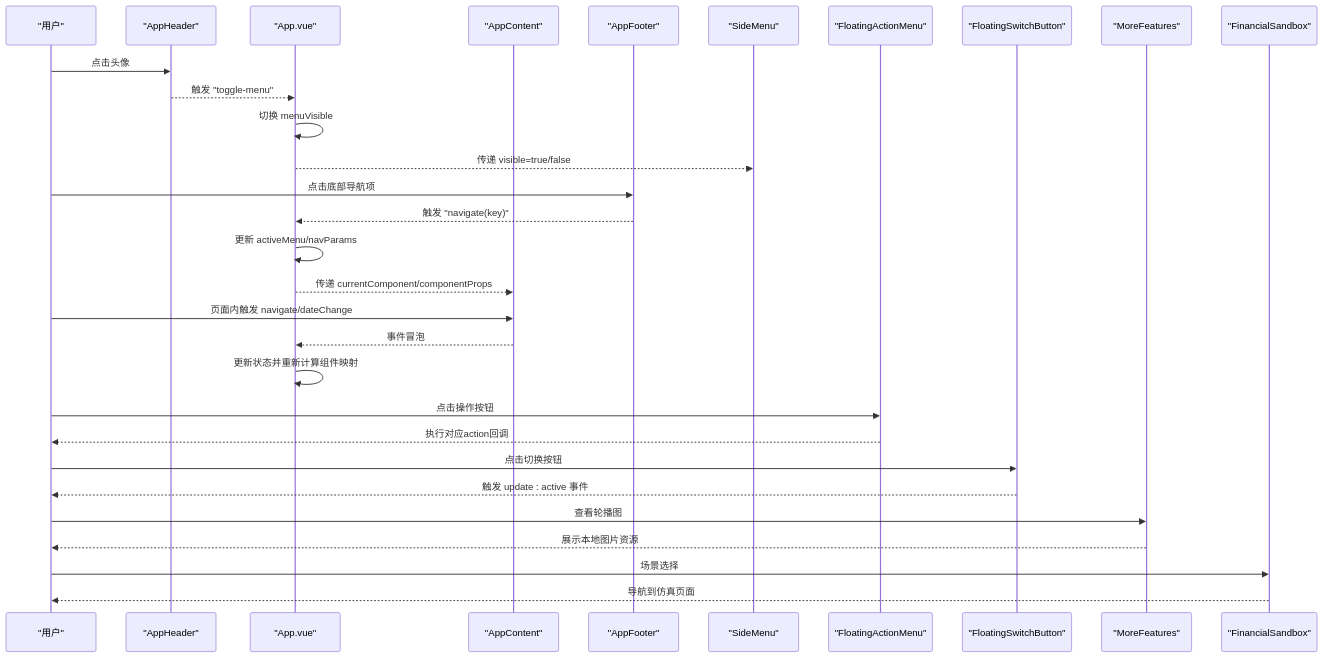
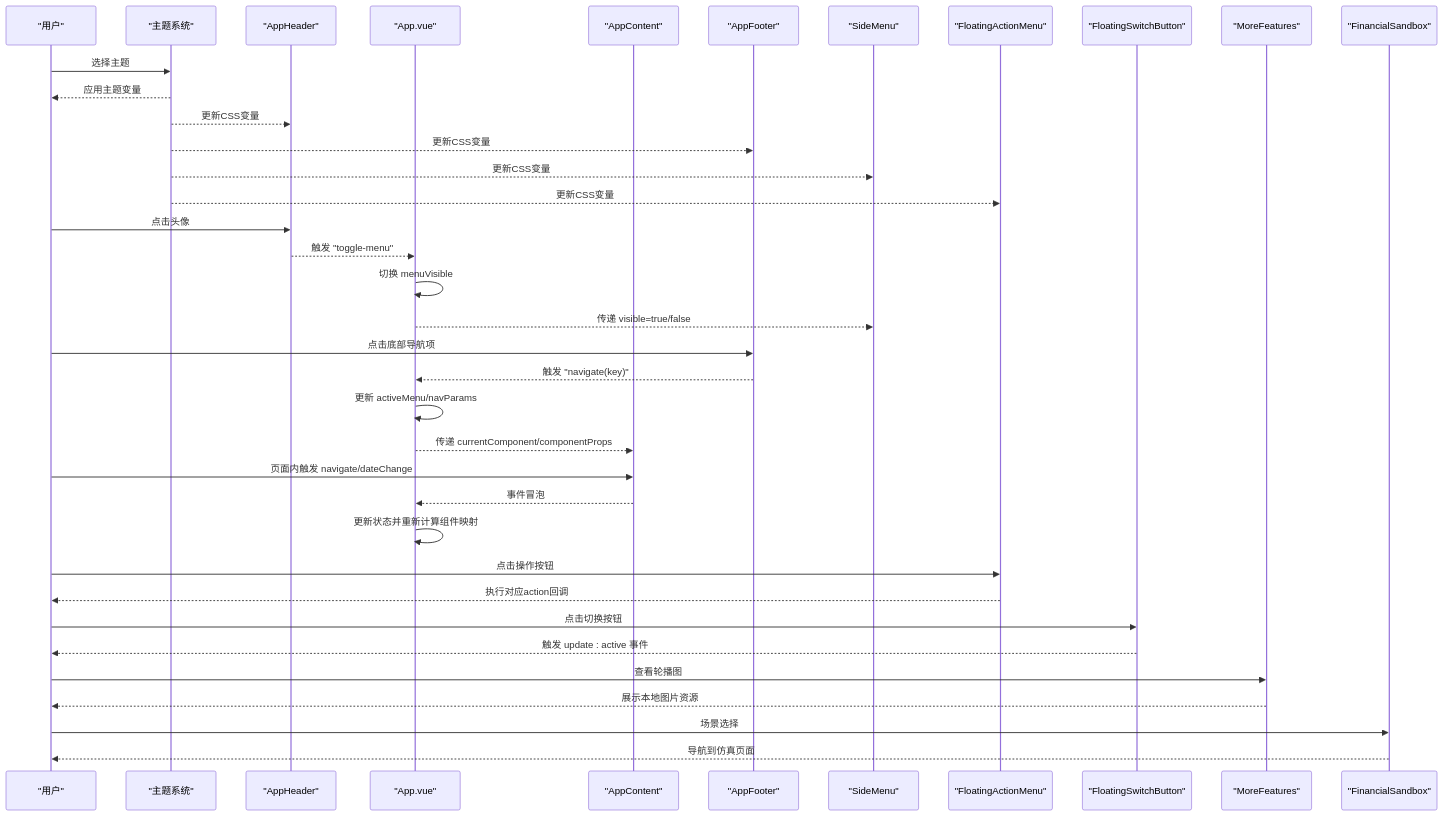
The second of 20 diagrams in .qoder/repowiki/zh/content/UI组件/UI组件.md (xiao-lin-unit/yuan), drawn with Mermaid before and after one commit. The commit also changed other lines of this file and 7 other files, not shown here.

````diff
--- a/.qoder/repowiki/zh/content/UI组件/UI组件.md
+++ b/.qoder/repowiki/zh/content/UI组件/UI组件.md
@@ -266,32 +284,39 @@
 ```mermaid
 sequenceDiagram
 participant U as "用户"
+participant THEME as "主题系统"
 participant AH as "AppHeader"
 participant APP as "App.vue"
 participant AC as "AppContent"
 participant AF as "AppFooter"
 participant SM as "SideMenu"
 participant FAM as "FloatingActionMenu"
 participant FSB as "FloatingSwitchButton"
 participant MF as "MoreFeatures"
 participant FS as "FinancialSandbox"
+U->>THEME : 选择主题
+THEME-->>U : 应用主题变量
+THEME-->>AH : 更新CSS变量
+THEME-->>AF : 更新CSS变量
+THEME-->>SM : 更新CSS变量
+THEME-->>FAM : 更新CSS变量
 U->>AH : 点击头像
 AH-->>APP : 触发 "toggle-menu"
 APP->>APP : 切换 menuVisible
 APP-->>SM : 传递 visible=true/false
 U->>AF : 点击底部导航项
 AF-->>APP : 触发 "navigate(key)"
 APP->>APP : 更新 activeMenu/navParams
 APP-->>AC : 传递 currentComponent/componentProps
 U->>AC : 页面内触发 navigate/dateChange
 AC-->>APP : 事件冒泡
 APP->>APP : 更新状态并重新计算组件映射
 U->>FAM : 点击操作按钮
 FAM-->>U : 执行对应action回调
 U->>FSB : 点击切换按钮
 FSB-->>U : 触发 update : active 事件
 U->>MF : 查看轮播图
 MF-->>U : 展示本地图片资源
 U->>FS : 场景选择
 FS-->>U : 导航到仿真页面
 ```
````
